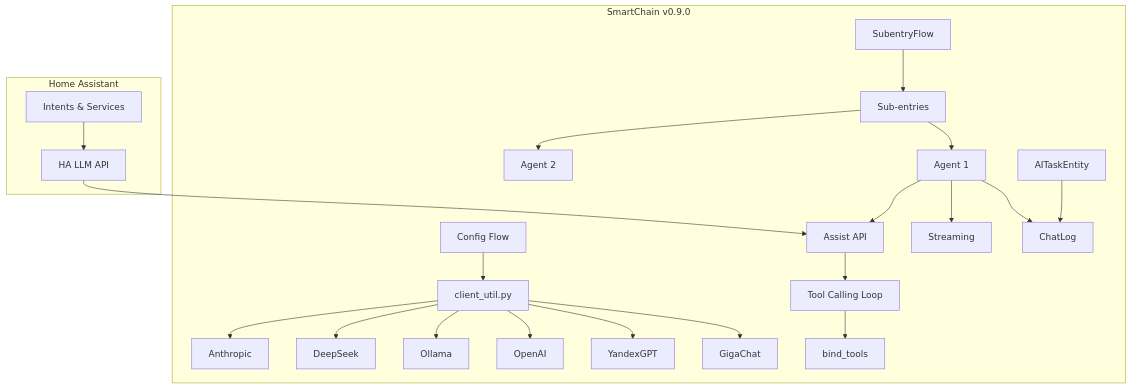
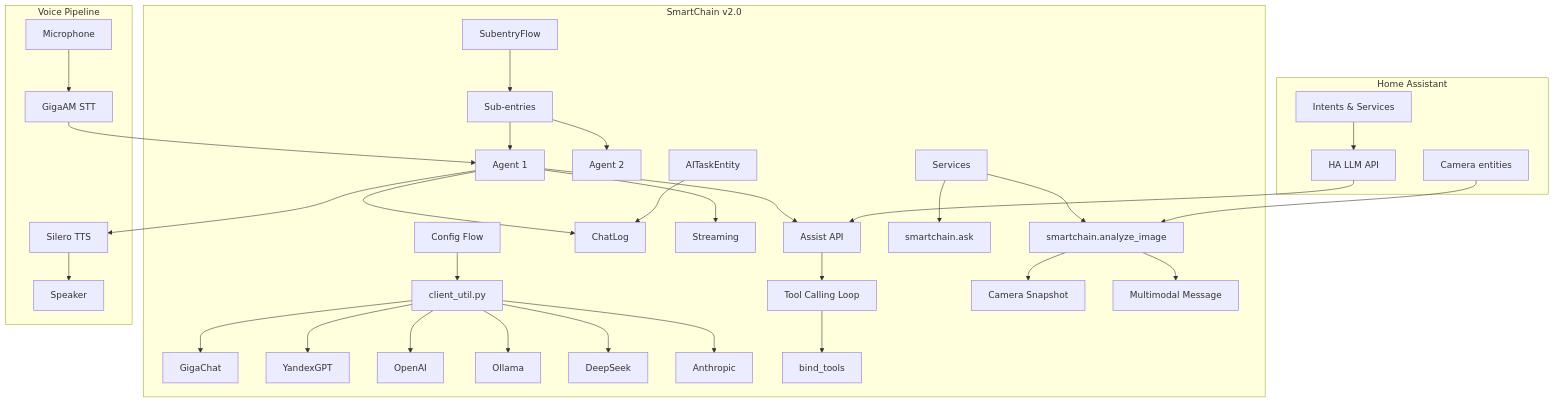
Before and after one commit to dzerik/ha-smartchain: the first of 2 diagrams in docs/ROADMAP.md, drawn with Mermaid. The commit also changed other lines of this file and 9 other files, not shown here.

First line of the commit message:
feat: add analyze_image service for camera vision analysis (v2.0.0)

````diff
--- a/docs/ROADMAP.md
+++ b/docs/ROADMAP.md
@@ -34,28 +39,42 @@
 ```mermaid
 graph TB
-    subgraph "SmartChain v0.9.0"
+    subgraph "SmartChain v2.0"
         CF[Config Flow] --> CU[client_util.py]
         CU --> GC[GigaChat]
         CU --> YGP[YandexGPT]
         CU --> OAI[OpenAI]
         CU --> OL[Ollama]
         CU --> DS[DeepSeek]
         CU --> AN[Anthropic]
 
         SF[SubentryFlow] --> SE[Sub-entries]
         SE --> CE1[Agent 1]
         SE --> CE2[Agent 2]
         CE1 --> CL[ChatLog]
         CE1 --> ST[Streaming]
         CE1 --> AA[Assist API]
         AA --> TC[Tool Calling Loop]
         TC --> BT[bind_tools]
 
         AT[AITaskEntity] --> CL
+
+        SVC[Services]
+        SVC --> ASK[smartchain.ask]
+        SVC --> ANA[smartchain.analyze_image]
+        ANA --> CAM[Camera Snapshot]
+        ANA --> MM[Multimodal Message]
+    end
+
+    subgraph "Voice Pipeline"
+        MIC[Microphone] --> STT[GigaAM STT]
+        STT --> CE1
+        CE1 --> TTS[Silero TTS]
+        TTS --> SPK[Speaker]
     end
 
     subgraph "Home Assistant"
         HA_LLM[HA LLM API] --> AA
         HA_TOOLS[Intents & Services] --> HA_LLM
+        HA_CAM[Camera entities] --> ANA
     end
 ```
````
